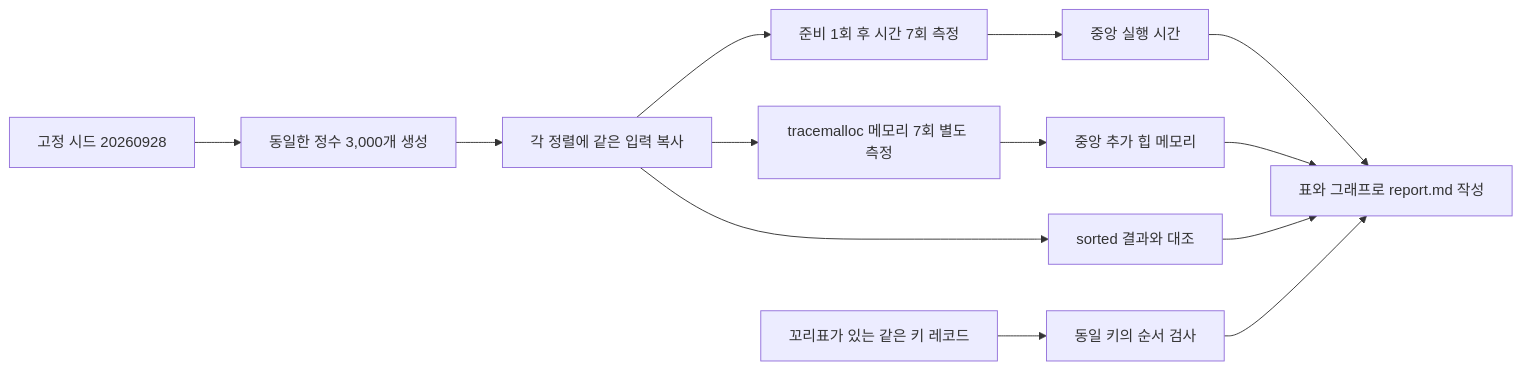
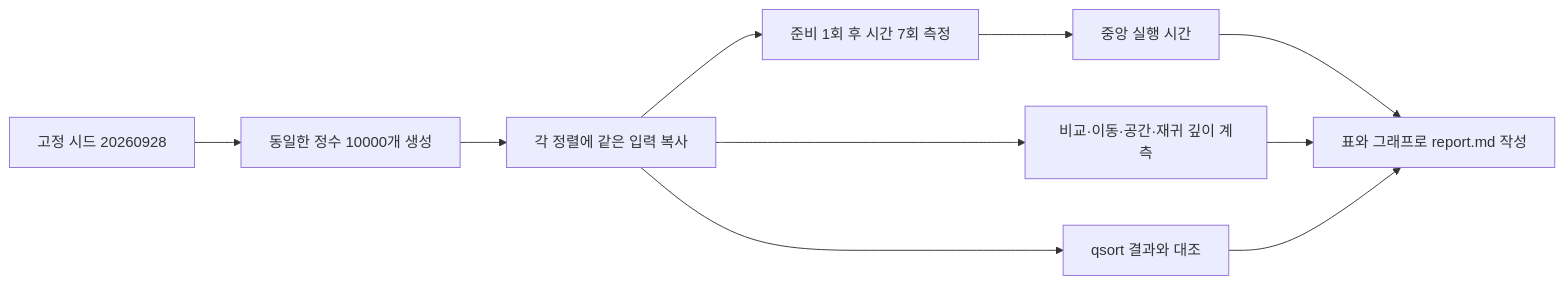
Before and after one commit to ramzz527/hw1-2026-SeminAhn: the fifth of 7 diagrams in report.md, drawn with Mermaid. The commit also changed other lines of this file and 17 other files, not shown here.

````diff
--- a/report.md
+++ b/report.md
@@ -63,15 +129,12 @@
 ```mermaid
 flowchart LR
-    A["고정 시드 20260928"] --> B["동일한 정수 3,000개 생성"]
+    A["고정 시드 20260928"] --> B["동일한 정수 10000개 생성"]
     B --> C["각 정렬에 같은 입력 복사"]
     C --> D["준비 1회 후 시간 7회 측정"]
     D --> E["중앙 실행 시간"]
-    C --> F["tracemalloc 메모리 7회 별도 측정"]
-    F --> G["중앙 추가 힙 메모리"]
-    C --> H["sorted 결과와 대조"]
-    I["꼬리표가 있는 같은 키 레코드"] --> J["동일 키의 순서 검사"]
-    E --> K["표와 그래프로 report.md 작성"]
-    G --> K
-    H --> K
-    J --> K
+    C --> F["비교·이동·공간·재귀 깊이 계측"]
+    C --> G["qsort 결과와 대조"]
+    E --> H["표와 그래프로 report.md 작성"]
+    F --> H
+    G --> H
 ```
````
